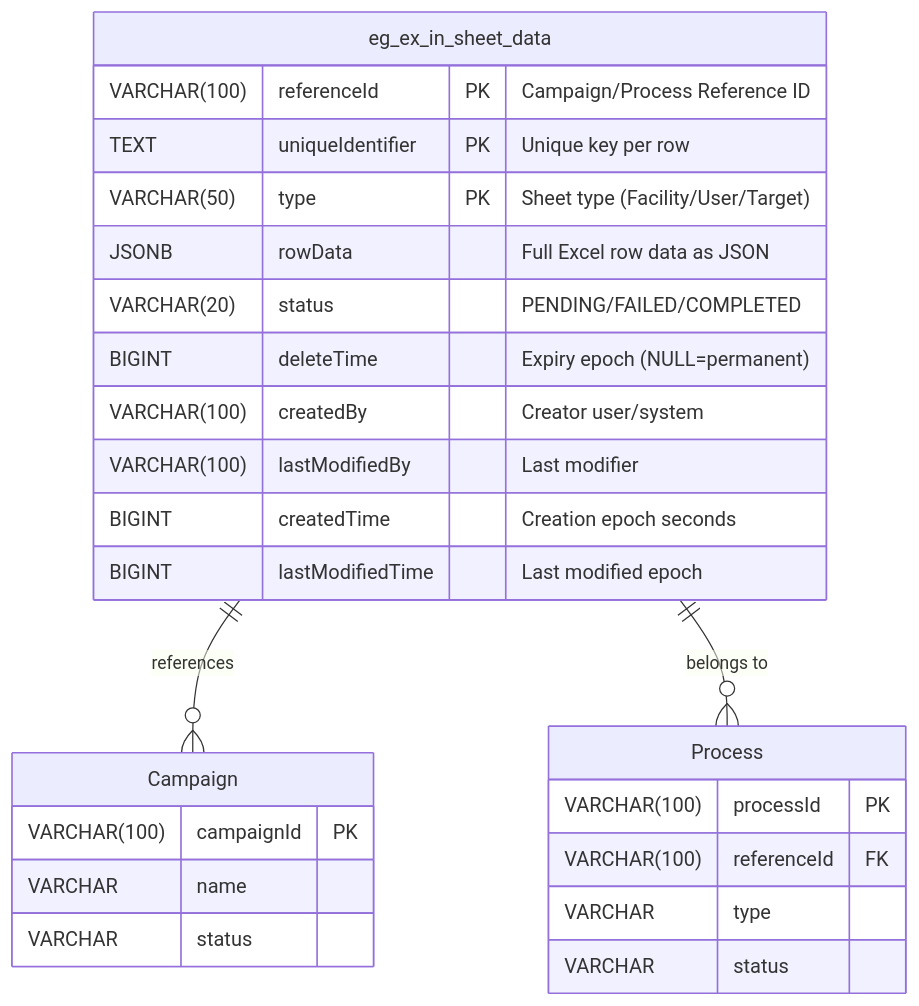
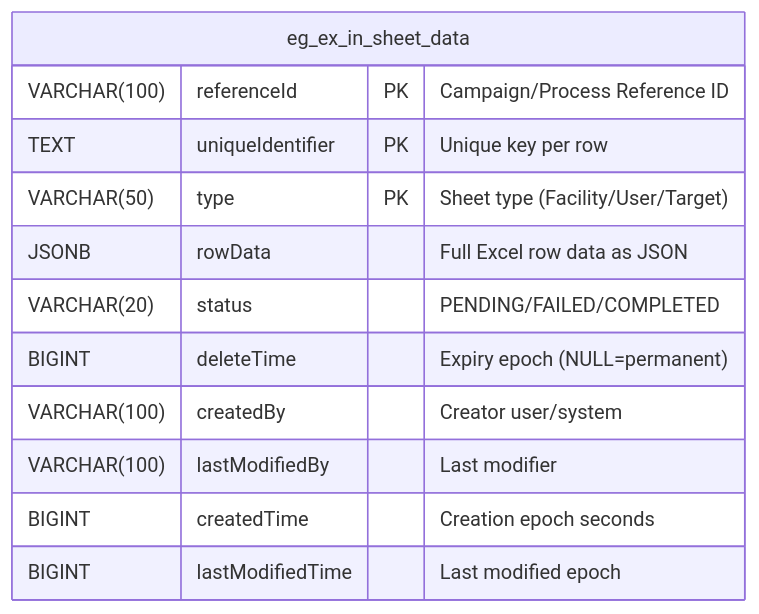
One commit to ashish-egov/campaign-whole-sheet-ingestion changed the sixth of 6 diagrams in DESIGN.md. Above: the diagram before and after it, drawn with Mermaid. The commit also changed other lines of this file, not shown here.

````diff
--- a/DESIGN.md
+++ b/DESIGN.md
@@ -176,31 +176,16 @@
 ```mermaid
 erDiagram
     eg_ex_in_sheet_data {
         VARCHAR(100) referenceId PK "Campaign/Process Reference ID"
         TEXT uniqueIdentifier PK "Unique key per row"
         VARCHAR(50) type PK "Sheet type (Facility/User/Target)"
         JSONB rowData "Full Excel row data as JSON"
         VARCHAR(20) status "PENDING/FAILED/COMPLETED"
         BIGINT deleteTime "Expiry epoch (NULL=permanent)"
         VARCHAR(100) createdBy "Creator user/system"
         VARCHAR(100) lastModifiedBy "Last modifier"
         BIGINT createdTime "Creation epoch seconds"
         BIGINT lastModifiedTime "Last modified epoch"
     }
-    
-    eg_ex_in_sheet_data ||--o{ Campaign : "references"
-    eg_ex_in_sheet_data ||--o{ Process : "belongs to"
-    
-    Campaign {
-        VARCHAR(100) campaignId PK
-        VARCHAR name
-        VARCHAR status
-    }
-    
-    Process {
-        VARCHAR(100) processId PK
-        VARCHAR(100) referenceId FK
-        VARCHAR type
-        VARCHAR status
-    }
+
 ```
````
